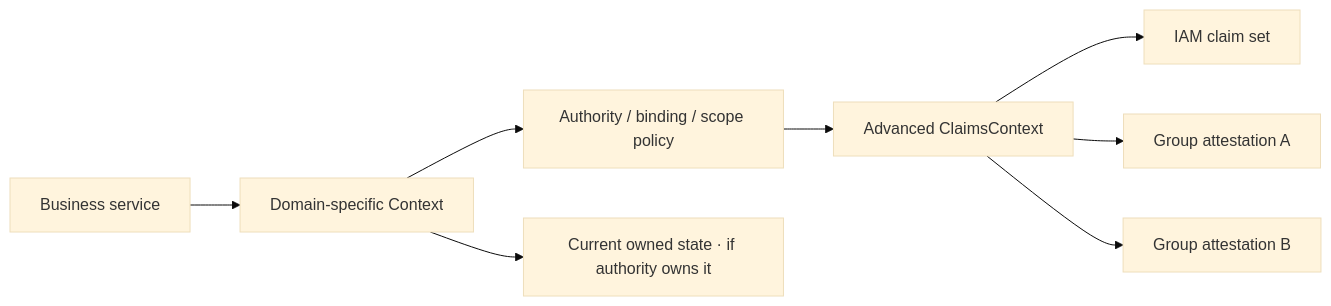
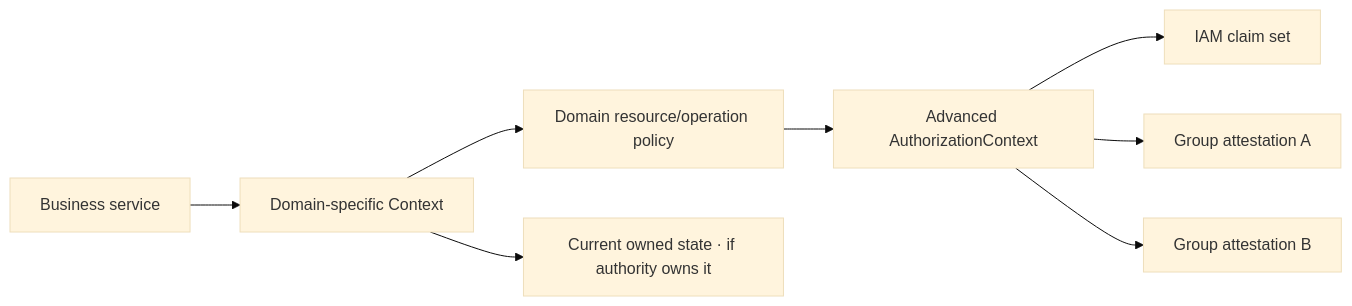
Before and after one commit to frederik-hoeft/min-favs-sharewise: the second of 2 diagrams in docs/stack/claims-context-proposal.md, drawn with Mermaid (base theme). The commit also changed other lines of this file and 15 other files, not shown here.

Commit message:
P2.1.0-B: Align credential and authorization context terminology

````diff
--- a/docs/stack/claims-context-proposal.md
+++ b/docs/stack/claims-context-proposal.md
@@ -108,10 +107,10 @@
 ```mermaid
 flowchart LR
     Client["Business service"] --> Semantic["Domain-specific Context"]
-    Semantic --> Policy["Authority / binding / scope policy"]
-    Policy --> Claims["Advanced ClaimsContext"]
+    Semantic --> Policy["Domain resource/operation policy"]
+    Policy --> Claims["Advanced AuthorizationContext"]
     Claims --> SourceA["IAM claim set"]
     Claims --> SourceB["Group attestation A"]
     Claims --> SourceC["Group attestation B"]
     Semantic --> Live["Current owned state · if authority owns it"]
 ```
````
